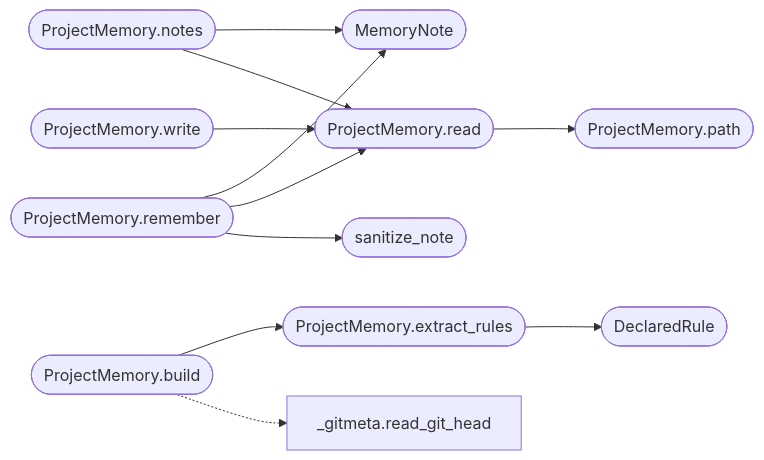
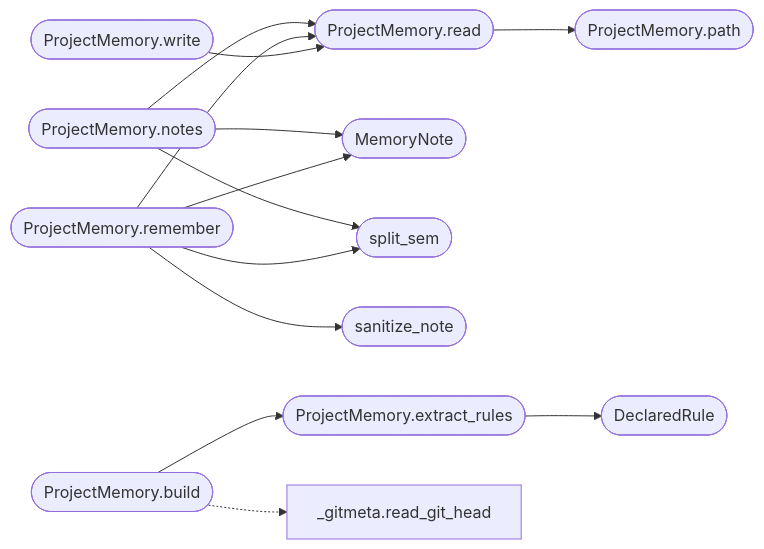
The second of 2 diagrams in readmenator-apidocs/modules/readmenator._memory.py.md (grisuno/ReadMenator), drawn with Mermaid before and after one commit. The commit also changed other lines of this file and 264 other files, not shown here.

````diff
--- a/readmenator-apidocs/modules/readmenator._memory.py.md
+++ b/readmenator-apidocs/modules/readmenator._memory.py.md
@@ -61,24 +62,27 @@
 ```mermaid
 flowchart LR
     n_readmenator__memory_py__ProjectMemory_read(["ProjectMemory.read"])
     n_readmenator__memory_py__ProjectMemory_path(["ProjectMemory.path"])
     n_readmenator__memory_py__ProjectMemory_notes(["ProjectMemory.notes"])
     n_readmenator__memory_py__MemoryNote(["MemoryNote"])
+    n_readmenator__memory_py__split_sem(["split_sem"])
     n_readmenator__memory_py__ProjectMemory_remember(["ProjectMemory.remember"])
     n_readmenator__memory_py__sanitize_note(["sanitize_note"])
     n_readmenator__memory_py__ProjectMemory_write(["ProjectMemory.write"])
     n_readmenator__memory_py__ProjectMemory_build(["ProjectMemory.build"])
     n_readmenator__memory_py__ProjectMemory_extract_rules(["ProjectMemory.extract_rules"])
     n_readmenator__memory_py__DeclaredRule(["DeclaredRule"])
     n_readmenator__gitmeta_py__read_git_head["_gitmeta.read_git_head"]
     n_readmenator__memory_py__ProjectMemory_read --> n_readmenator__memory_py__ProjectMemory_path
     n_readmenator__memory_py__ProjectMemory_notes --> n_readmenator__memory_py__MemoryNote
     n_readmenator__memory_py__ProjectMemory_notes --> n_readmenator__memory_py__ProjectMemory_read
+    n_readmenator__memory_py__ProjectMemory_notes --> n_readmenator__memory_py__split_sem
     n_readmenator__memory_py__ProjectMemory_remember --> n_readmenator__memory_py__MemoryNote
     n_readmenator__memory_py__ProjectMemory_remember --> n_readmenator__memory_py__ProjectMemory_read
     n_readmenator__memory_py__ProjectMemory_remember --> n_readmenator__memory_py__sanitize_note
+    n_readmenator__memory_py__ProjectMemory_remember --> n_readmenator__memory_py__split_sem
     n_readmenator__memory_py__ProjectMemory_write --> n_readmenator__memory_py__ProjectMemory_read
     n_readmenator__memory_py__ProjectMemory_build --> n_readmenator__memory_py__ProjectMemory_extract_rules
     n_readmenator__memory_py__ProjectMemory_extract_rules --> n_readmenator__memory_py__DeclaredRule
     n_readmenator__memory_py__ProjectMemory_build -.-> n_readmenator__gitmeta_py__read_git_head
 ```
````
